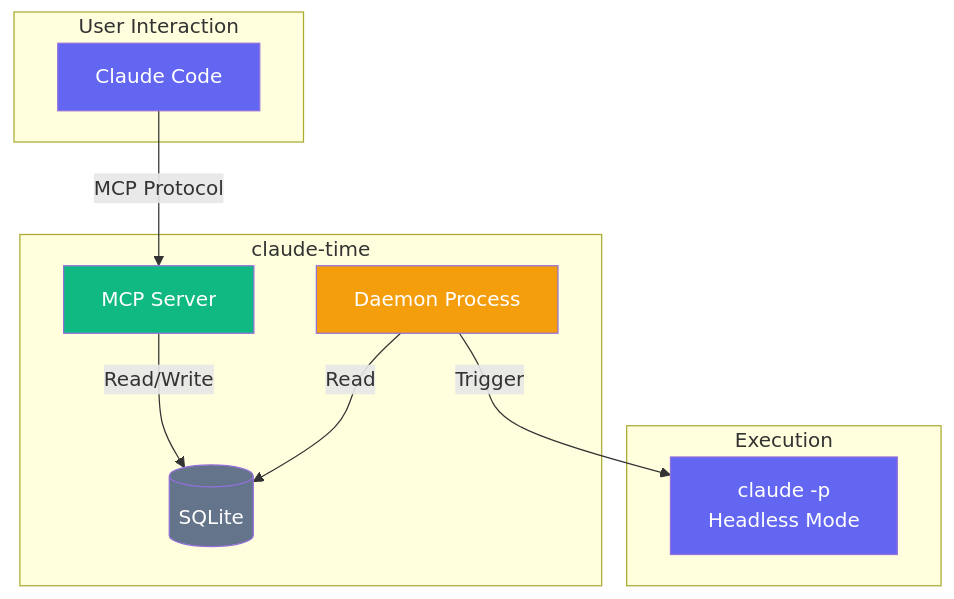
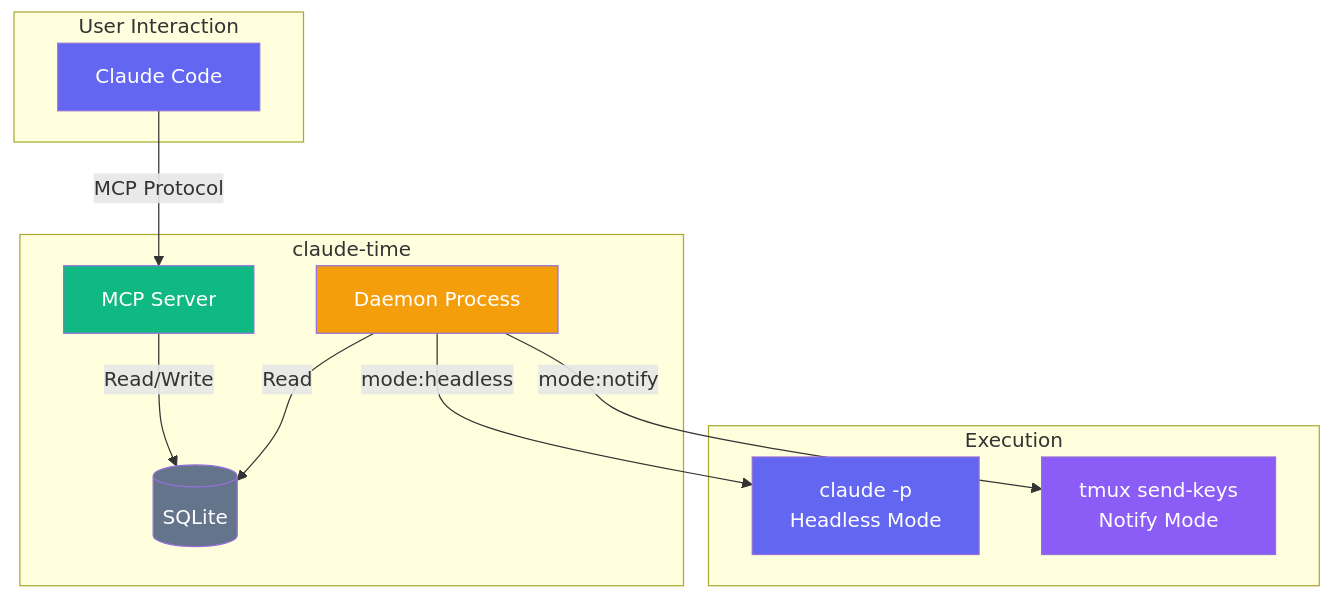
The diagram in README.md (owl-tech-sui/claude-time), drawn with Mermaid before and after one commit. The commit also changed other lines of this file and 8 other files, not shown here.

````diff
--- a/README.md
+++ b/README.md
@@ -22,27 +24,30 @@
 ```mermaid
 graph TB
     subgraph "User Interaction"
         CC[Claude Code]
     end
 
     subgraph "claude-time"
         MCP[MCP Server]
         DB[(SQLite)]
         Daemon[Daemon Process]
     end
 
     subgraph "Execution"
         Headless[claude -p<br/>Headless Mode]
+        Notify[tmux send-keys<br/>Notify Mode]
     end
 
     CC -->|MCP Protocol| MCP
     MCP -->|Read/Write| DB
     Daemon -->|Read| DB
-    Daemon -->|Trigger| Headless
+    Daemon -->|mode:headless| Headless
+    Daemon -->|mode:notify| Notify
 
     style CC fill:#6366f1,color:#fff
     style MCP fill:#10b981,color:#fff
     style Daemon fill:#f59e0b,color:#fff
     style Headless fill:#6366f1,color:#fff
+    style Notify fill:#8b5cf6,color:#fff
     style DB fill:#64748b,color:#fff
 ```
````
